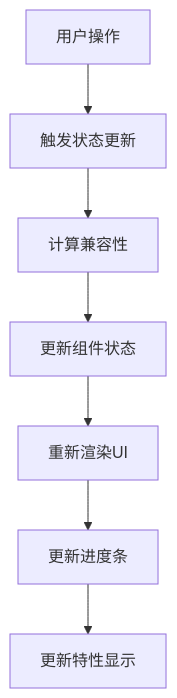
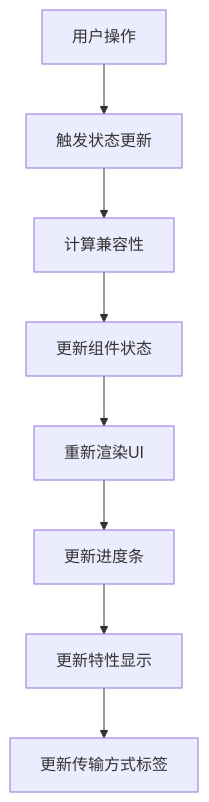
Before and after one commit to zengmi2140/bitcoin-custody-playground: the third of 3 diagrams in PRD-项目详细需求文档.md, drawn with Mermaid. The commit also changed other lines of this file, not shown here.

````diff
--- a/PRD-项目详细需求文档.md
+++ b/PRD-项目详细需求文档.md
@@ -464,9 +580,10 @@
 ```mermaid
 graph TD
 A[用户操作] --> B[触发状态更新]
 B --> C[计算兼容性]
 C --> D[更新组件状态]
 D --> E[重新渲染UI]
 E --> F[更新进度条]
 F --> G[更新特性显示]
+G --> H[更新传输方式标签]
 ```
````
